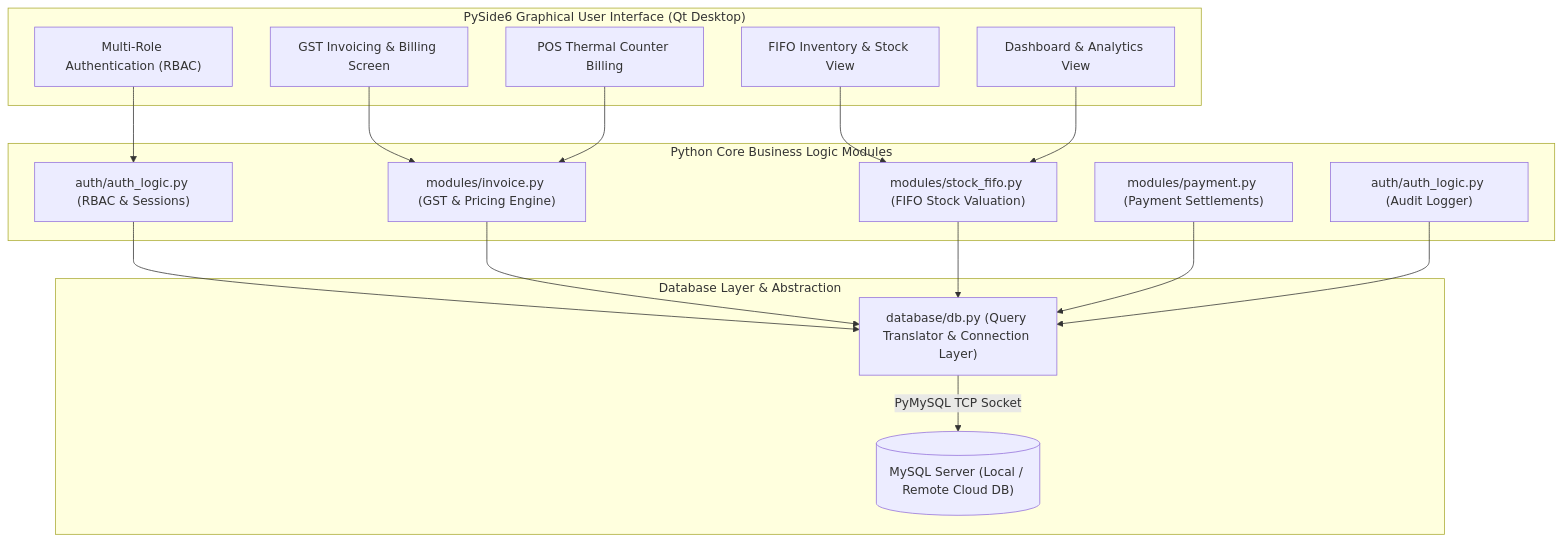
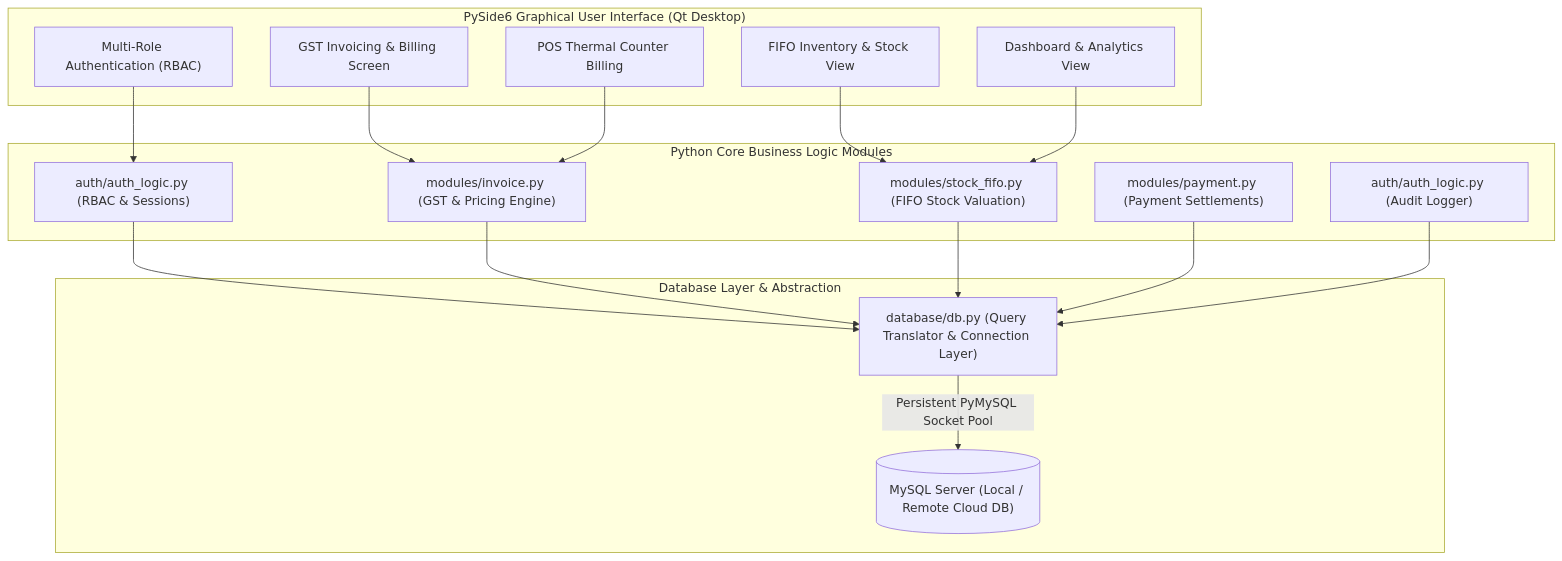
The first of 5 diagrams in README.md (angel7544/TSL-LedgerPro), drawn with Mermaid before and after one commit. The commit also changed other lines of this file and 18 other files, not shown here.

Commit message:
feat: implement FIFO stock management system with database schema, query support, and valuation UI

````diff
--- a/README.md
+++ b/README.md
@@ -13,37 +13,37 @@
 ```mermaid
 graph TD
     subgraph UI Layer ["PySide6 Graphical User Interface (Qt Desktop)"]
         UI_Dash["Dashboard & Analytics View"]
         UI_Inv["GST Invoicing & Billing Screen"]
         UI_Stock["FIFO Inventory & Stock View"]
         UI_POS["POS Thermal Counter Billing"]
         UI_Auth["Multi-Role Authentication (RBAC)"]
     end
 
     subgraph Business Logic ["Python Core Business Logic Modules"]
         M_Auth["auth/auth_logic.py (RBAC & Sessions)"]
         M_Inv["modules/invoice.py (GST & Pricing Engine)"]
         M_FIFO["modules/stock_fifo.py (FIFO Stock Valuation)"]
         M_Pay["modules/payment.py (Payment Settlements)"]
         M_Audit["auth/auth_logic.py (Audit Logger)"]
     end
 
     subgraph DB Engine ["Database Layer & Abstraction"]
         DB_Adapter["database/db.py (Query Translator & Connection Layer)"]
         DB_MySQL[("MySQL Server (Local / Remote Cloud DB)")]
     end
 
     UI_Auth --> M_Auth
     UI_Inv --> M_Inv
     UI_Stock --> M_FIFO
     UI_POS --> M_Inv
     UI_Dash --> M_FIFO
 
     M_Auth --> DB_Adapter
     M_Inv --> DB_Adapter
     M_FIFO --> DB_Adapter
     M_Pay --> DB_Adapter
     M_Audit --> DB_Adapter
 
-    DB_Adapter -->|"PyMySQL TCP Socket"| DB_MySQL
+    DB_Adapter -->|"Persistent PyMySQL Socket Pool"| DB_MySQL
 ```
````
